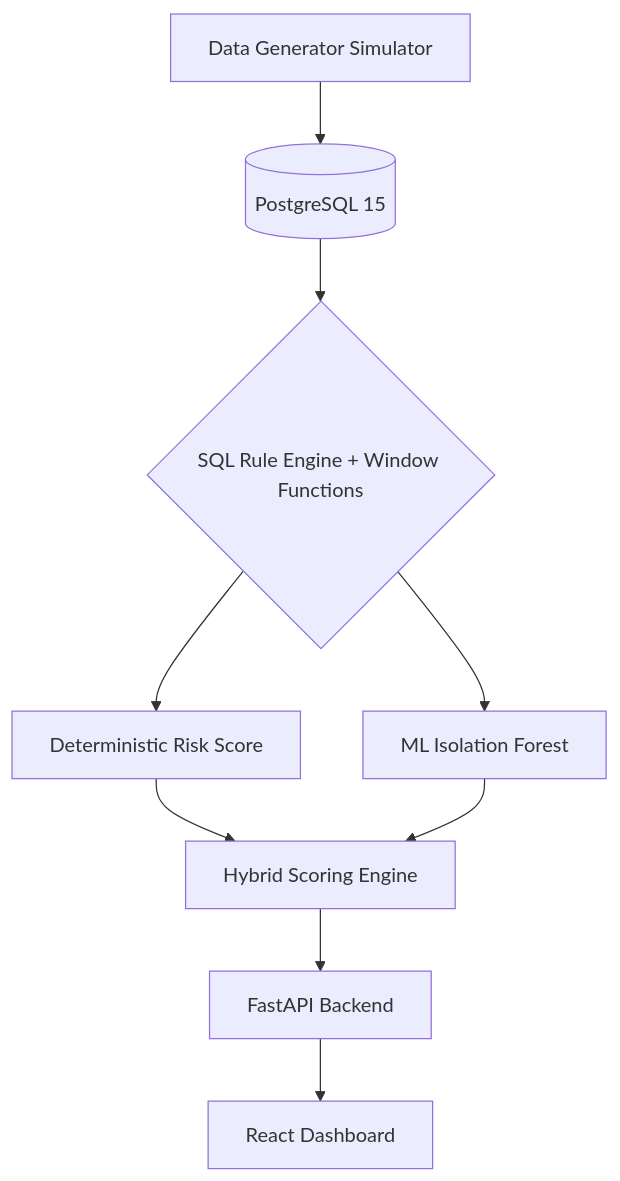
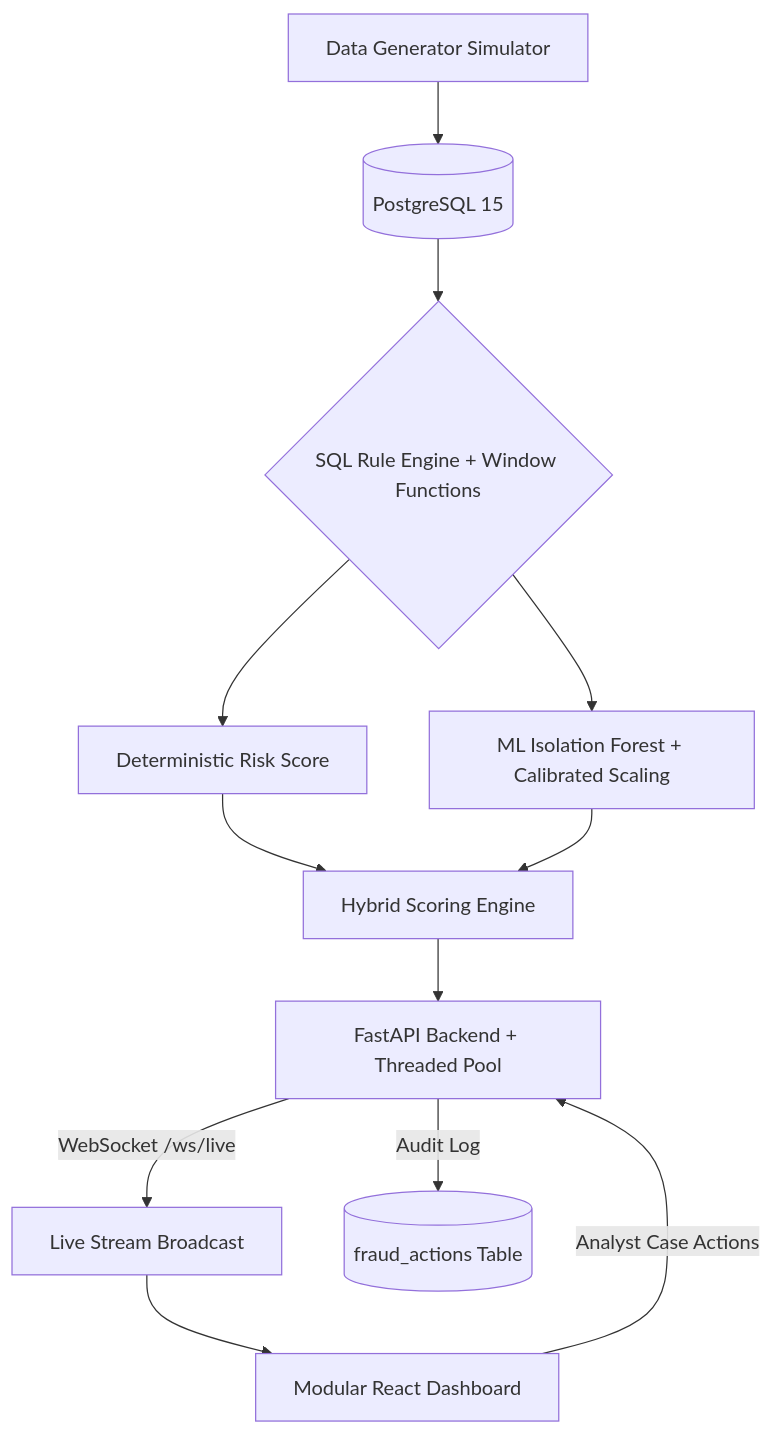
Before and after one commit to shaik-hasan-AS/Hybrid-Fraud-Detection-Engine: the diagram in README.md, drawn with Mermaid. The commit also changed other lines of this file and 10 other files, not shown here.

Commit message:
Implement Phases 1-4: connection pooling, WebSockets, case management, and ML calibration

````diff
--- a/README.md
+++ b/README.md
@@ -23,11 +35,14 @@
 ```mermaid
 graph TD
     A[Data Generator Simulator] --> B[(PostgreSQL 15)]
     B --> C{SQL Rule Engine + Window Functions}
     C --> D[Deterministic Risk Score]
-    C --> E[ML Isolation Forest]
+    C --> E[ML Isolation Forest + Calibrated Scaling]
     D --> F[Hybrid Scoring Engine]
     E --> F
-    F --> G[FastAPI Backend]
-    G --> H[React Dashboard]
+    F --> G[FastAPI Backend + Threaded Pool]
+    G -->|WebSocket /ws/live| H[Live Stream Broadcast]
+    H --> I[Modular React Dashboard]
+    I -->|Analyst Case Actions| G
+    G -->|Audit Log| J[(fraud_actions Table)]
 ```
````
